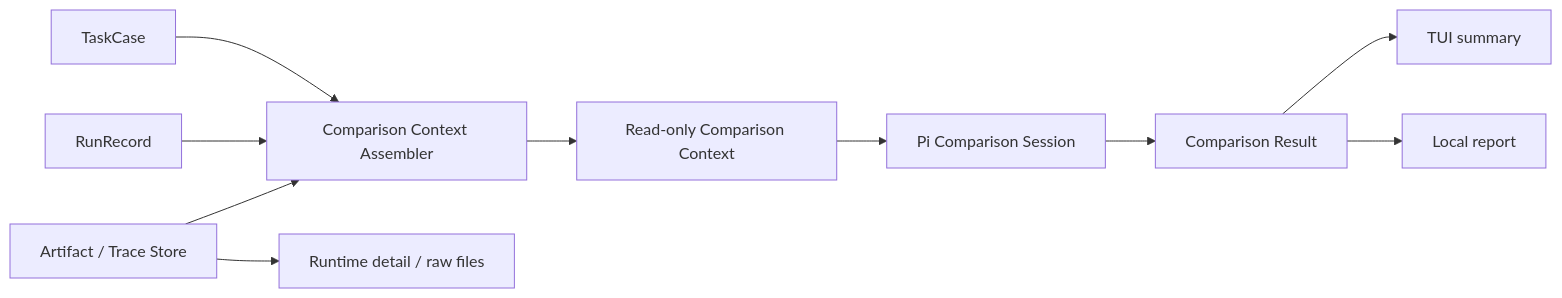
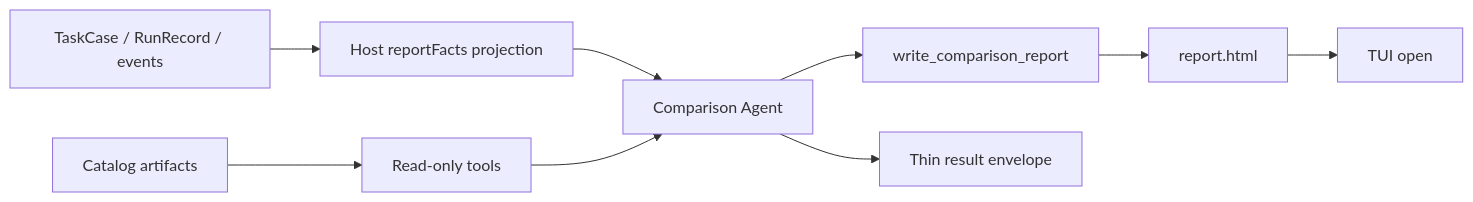
Before and after one commit to caulif/Reprise: the diagram in docs/architecture/comparison.md, drawn with Mermaid. The commit also changed other lines of this file and 252 other files, not shown here.

````diff
--- a/docs/architecture/comparison.md
+++ b/docs/architecture/comparison.md
@@ -17,12 +9,11 @@
 ```mermaid
 flowchart LR
-    CASE[TaskCase] --> ASSEMBLER[Comparison Context Assembler]
-    RUNS[RunRecord] --> ASSEMBLER
-    STORE[Artifact / Trace Store] --> ASSEMBLER
-    ASSEMBLER --> CONTEXT[Read-only Comparison Context]
-    CONTEXT --> AGENT[Pi Comparison Session]
-    AGENT --> RESULT[Comparison Result]
-    RESULT --> TUI[TUI summary]
-    RESULT --> REPORT[Local report]
-    STORE --> DETAIL[Runtime detail / raw files]
+  A[TaskCase / RunRecord / events] --> B[Host reportFacts projection]
+  C[Catalog artifacts] --> D[Read-only tools]
+  B --> E[Comparison Agent]
+  D --> E
+  E --> F[write_comparison_report]
+  F --> G[report.html]
+  E --> H[Thin result envelope]
+  G --> I[TUI open]
 ```
````
